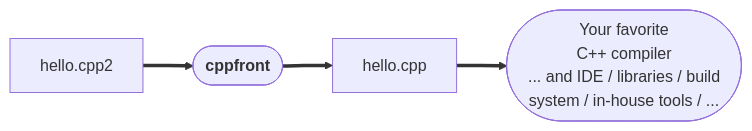
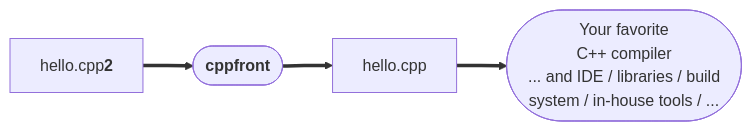
Before and after one commit to hsutter/cppfront: the diagram in docs/welcome/hello-world.md, drawn with Mermaid. The commit also changed other lines of this file and 11 other files, not shown here.

````diff
--- a/docs/welcome/hello-world.md
+++ b/docs/welcome/hello-world.md
@@ -3,6 +3,6 @@
 ``` mermaid
 graph LR
-  A[hello.cpp2] ==> B(["` **cppfront** `"]);
+  A["` hello.cpp**2** `"] ==> B(["` **cppfront** `"]);
   B ==> C[hello.cpp];
   C ==> D([Your favorite<br> C++ compiler<p>... and IDE / libraries / build<br>system / in-house tools / ...]);
 ```
````
